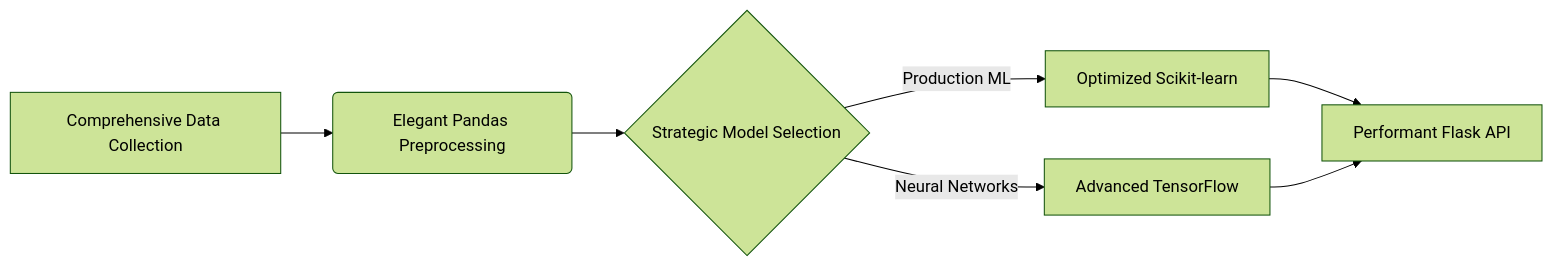
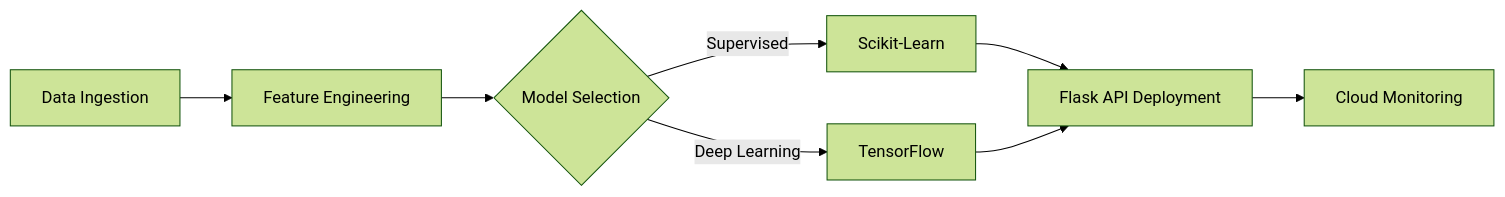
One commit to joaquimtimoteo/joaquimtimoteo changed the first of 2 diagrams in README.md. Above: the diagram before and after it, drawn with Mermaid (forest theme). The commit also changed other lines of this file, not shown here.

````diff
--- a/README.md
+++ b/README.md
@@ -35,9 +57,10 @@
 ```mermaid
 graph LR
-A[Comprehensive Data Collection] --> B(Elegant Pandas Preprocessing)
-B --> C{Strategic Model Selection}
-C -->|Production ML| D[Optimized Scikit-learn]
-C -->|Neural Networks| E[Advanced TensorFlow]
-D --> F[Performant Flask API]
+A[Data Ingestion] --> B[Feature Engineering]
+B --> C{Model Selection}
+C -->|Supervised| D[Scikit-Learn]
+C -->|Deep Learning| E[TensorFlow]
+D --> F[Flask API Deployment]
 E --> F
+F --> G[Cloud Monitoring]
 ```
````
